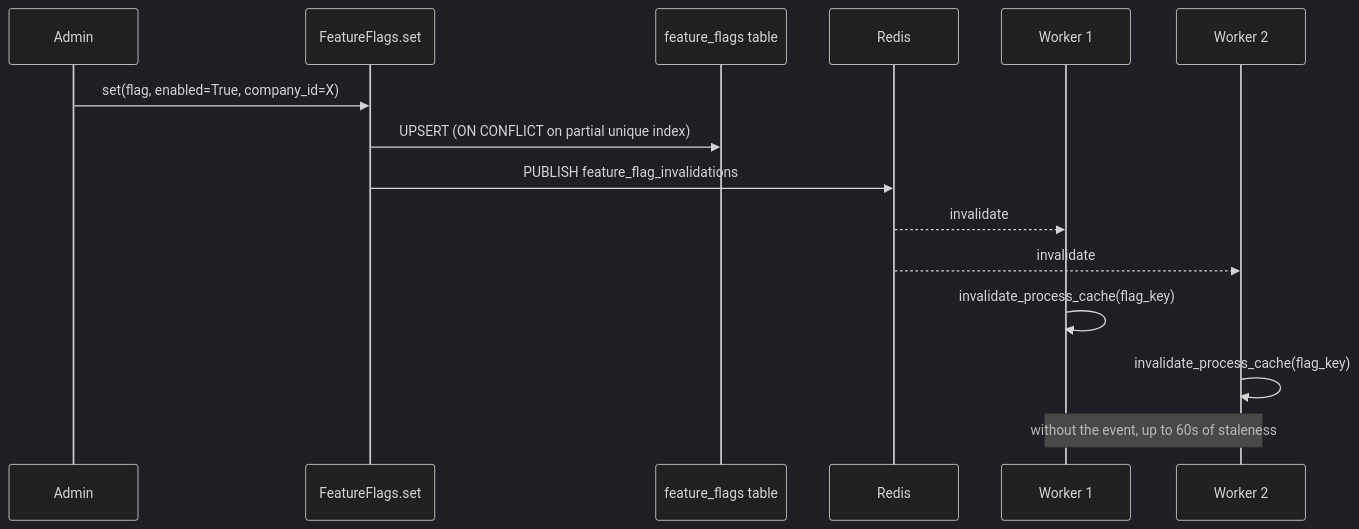
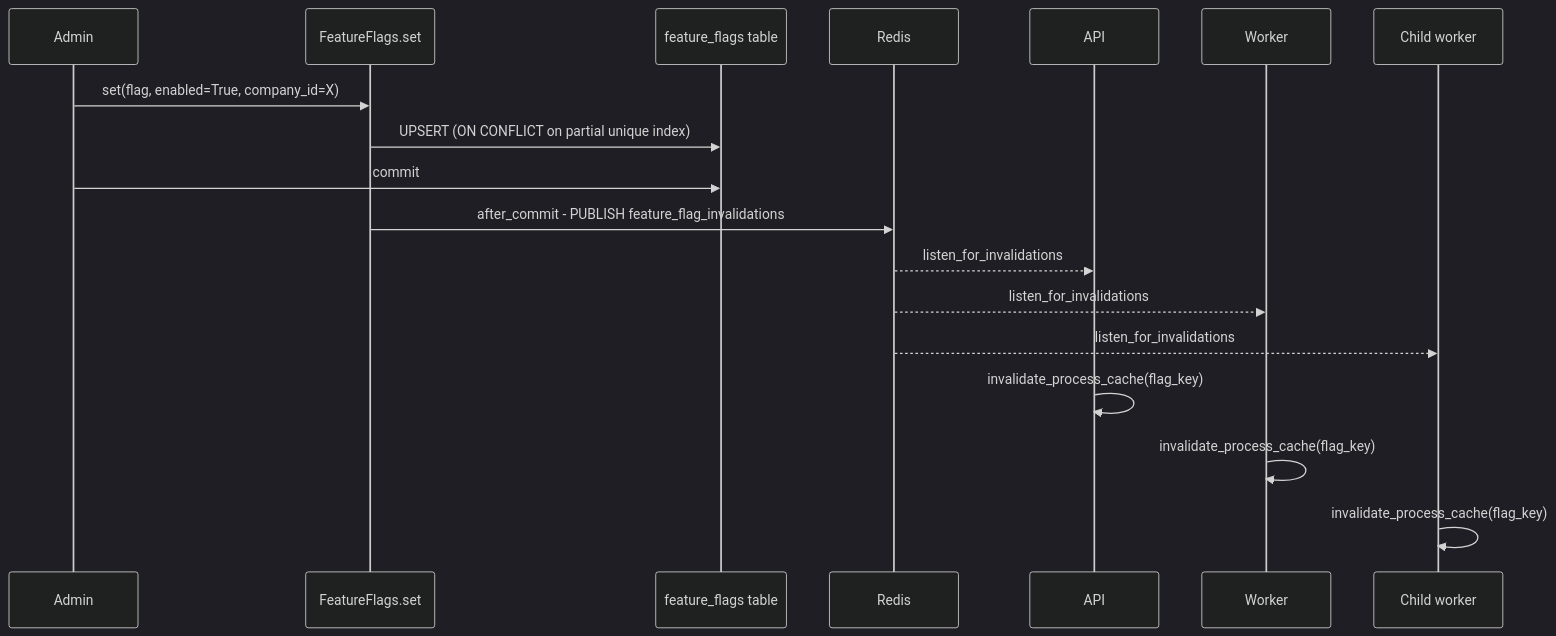
One commit to gondolerahul/hire-buddha-app changed diagram 12 of 13 in docs/current/15-governance-and-hitl.md. Above: the diagram before and after it, drawn with Mermaid (dark theme). The commit also changed other lines of this file and 9 other files, not shown here.

````diff
--- a/docs/current/15-governance-and-hitl.md
+++ b/docs/current/15-governance-and-hitl.md
@@ -933,18 +943,21 @@
 ```mermaid
 sequenceDiagram
     participant A as Admin
     participant S as FeatureFlags.set
     participant DB as feature_flags table
     participant R as Redis
-    participant W1 as Worker 1
-    participant W2 as Worker 2
+    participant P1 as API
+    participant W1 as Worker
+    participant W2 as Child worker
 
     A->>S: set(flag, enabled=True, company_id=X)
     S->>DB: UPSERT (ON CONFLICT on partial unique index)
-    S->>R: PUBLISH feature_flag_invalidations
-    R-->>W1: invalidate
-    R-->>W2: invalidate
+    A->>DB: commit
+    S->>R: after_commit - PUBLISH feature_flag_invalidations
+    R-->>P1: listen_for_invalidations
+    R-->>W1: listen_for_invalidations
+    R-->>W2: listen_for_invalidations
+    P1->>P1: invalidate_process_cache(flag_key)
     W1->>W1: invalidate_process_cache(flag_key)
     W2->>W2: invalidate_process_cache(flag_key)
-    Note over W1,W2: without the event, up to 60s of staleness
 ```
````
